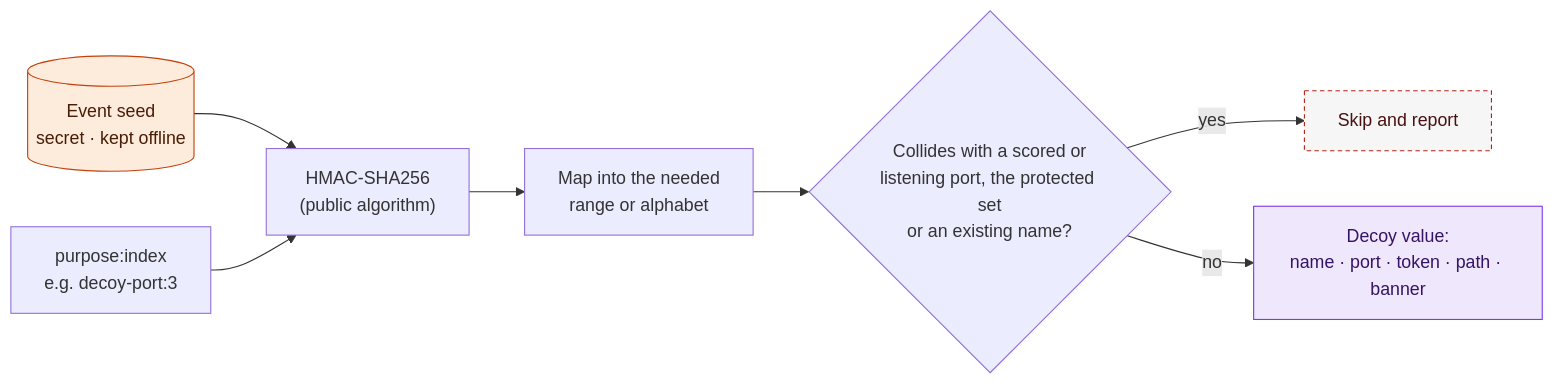
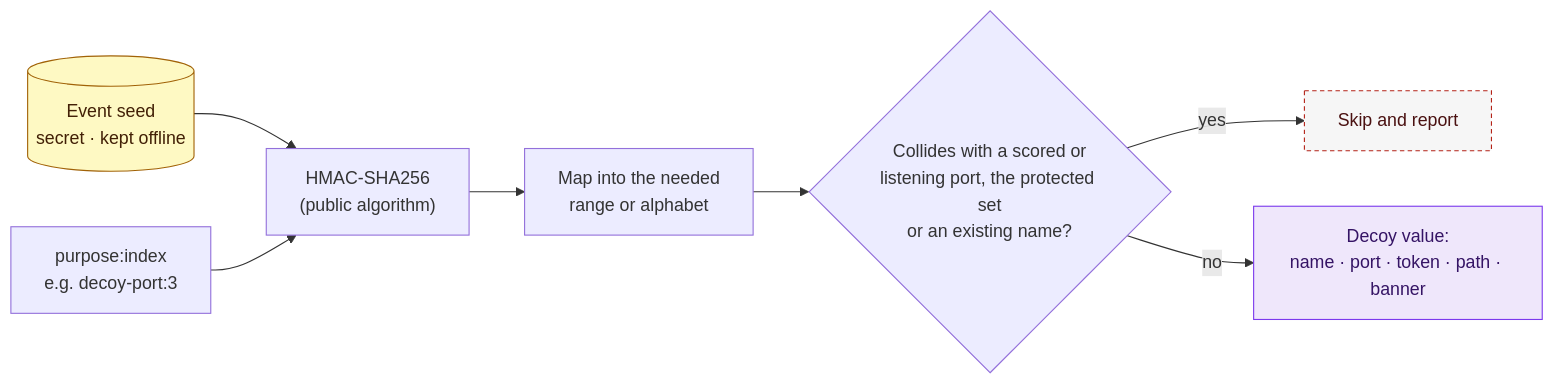
One commit to dotnetdork/Labyrinth changed the diagram in docs/design/03-Event-Seed-and-Deception-Config.md. Above: the diagram before and after it, drawn with Mermaid. The commit also changed other lines of this file and 33 other files, not shown here.

````diff
--- a/docs/design/03-Event-Seed-and-Deception-Config.md
+++ b/docs/design/03-Event-Seed-and-Deception-Config.md
@@ -34,15 +34,15 @@
 ```mermaid
 flowchart LR
     SEED[("Event seed<br/>secret · kept offline")] --> H["HMAC-SHA256<br/>(public algorithm)"]
     LBL["purpose:index<br/>e.g. decoy-port:3"] --> H
     H --> MAP["Map into the needed<br/>range or alphabet"]
     MAP --> CHK{"Collides with a scored or<br/>listening port, the protected set<br/>or an existing name?"}
     CHK -->|yes| SKIP["Skip and report"]
     CHK -->|no| VAL["Decoy value:<br/>name · port · token · path · banner"]
-    classDef secret fill:#fdebdc,stroke:#c2410c,color:#4a1d06
+    classDef secret fill:#fef9c3,stroke:#a16207,color:#422006
     classDef deceive fill:#efe7fb,stroke:#7c3aed,color:#351465
     classDef stop fill:#f6f6f6,stroke:#b42318,color:#4a1111,stroke-dasharray:4 3
     class SEED secret
     class VAL deceive
     class SKIP stop
 ```
````
